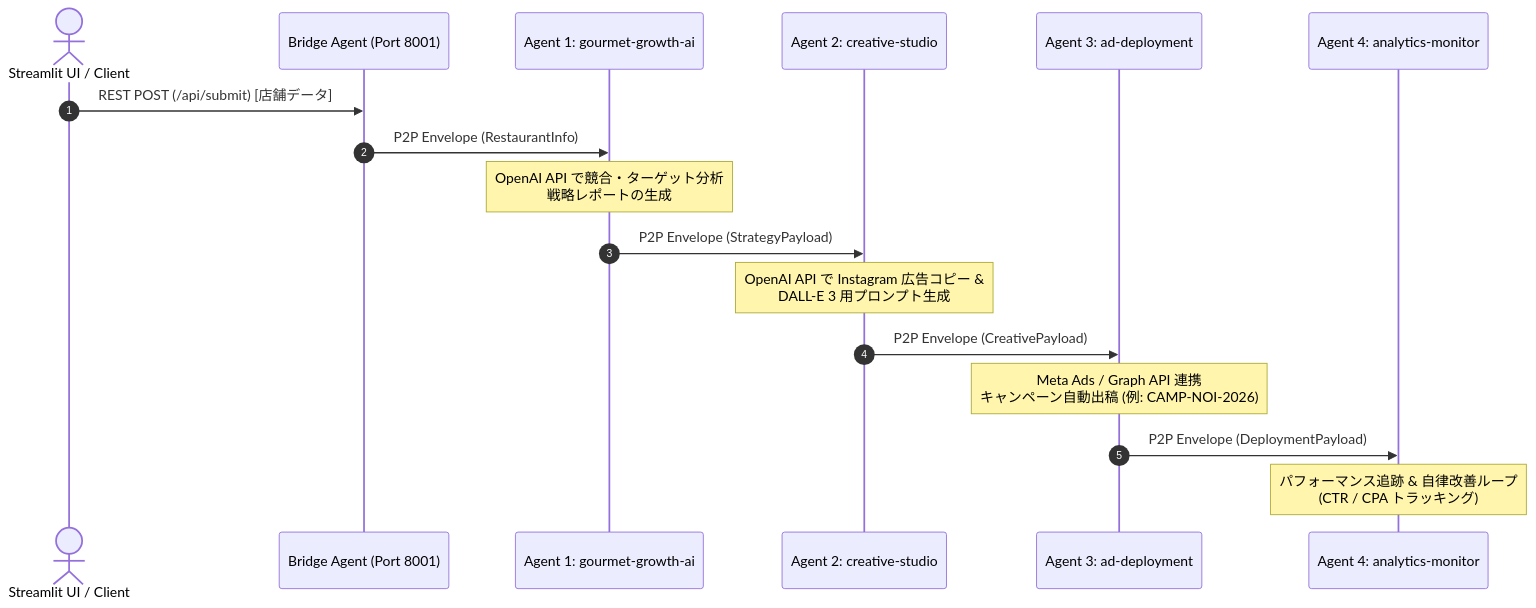
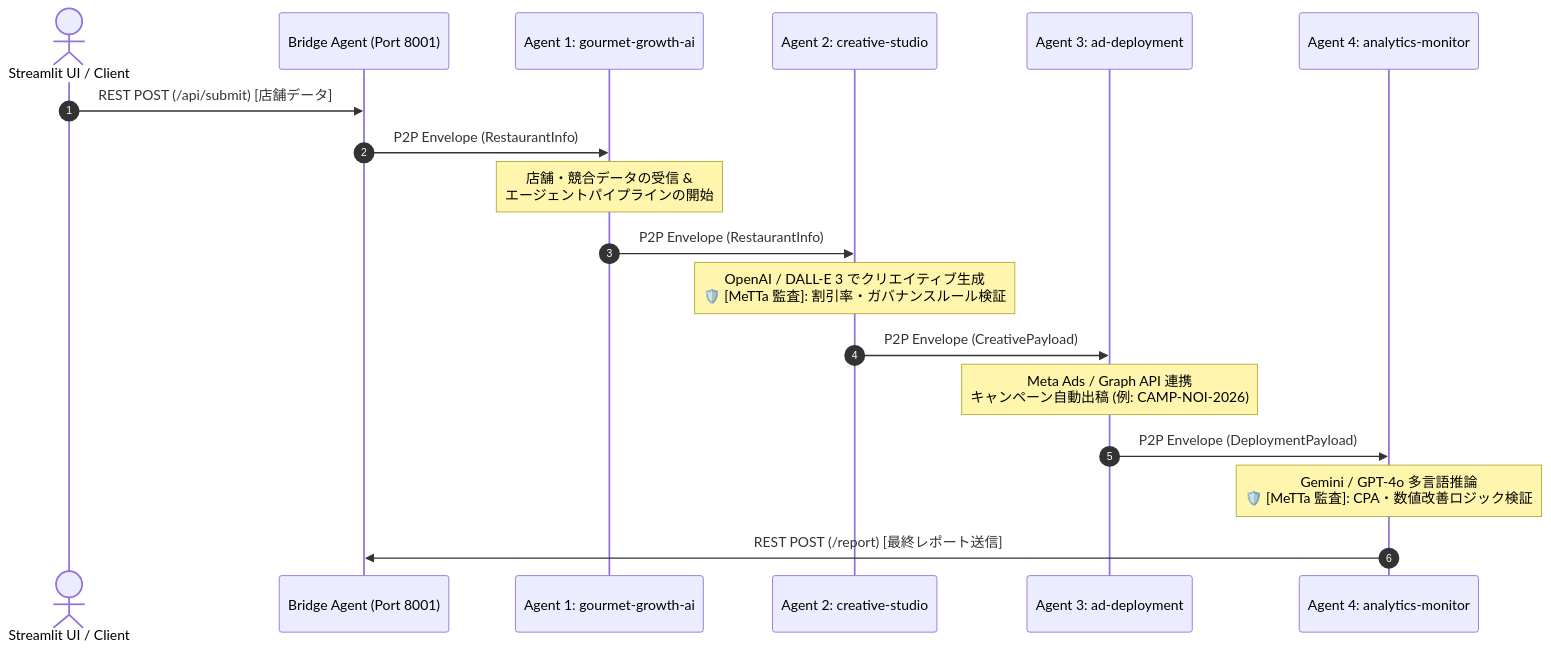
The diagram in readme.md (WM121367/gourmet-growth-ai), drawn with Mermaid before and after one commit. The commit also changed other lines of this file, not shown here.

````diff
--- a/readme.md
+++ b/readme.md
@@ -10,20 +12,21 @@
 ```mermaid
 sequenceDiagram
     autonumber
     actor User as Streamlit UI / Client
     participant Bridge as Bridge Agent (Port 8001)
     participant A1 as Agent 1: gourmet-growth-ai
     participant A2 as Agent 2: creative-studio
     participant A3 as Agent 3: ad-deployment
     participant A4 as Agent 4: analytics-monitor
 
     User->>Bridge: REST POST (/api/submit) [店舗データ]
     Bridge->>A1: P2P Envelope (RestaurantInfo)
-    Note over A1: OpenAI API で競合・ターゲット分析<br/>戦略レポートの生成
-    A1->>A2: P2P Envelope (StrategyPayload)
-    Note over A2: OpenAI API で Instagram 広告コピー &<br/>DALL-E 3 用プロンプト生成
+    Note over A1: 店舗・競合データの受信 &<br/>エージェントパイプラインの開始
+    A1->>A2: P2P Envelope (RestaurantInfo)
+    Note over A2: OpenAI / DALL-E 3 でクリエイティブ生成<br/>🛡️ [MeTTa 監査]: 割引率・ガバナンスルール検証
     A2->>A3: P2P Envelope (CreativePayload)
     Note over A3: Meta Ads / Graph API 連携<br/>キャンペーン自動出稿 (例: CAMP-NOI-2026)
     A3->>A4: P2P Envelope (DeploymentPayload)
-    Note over A4: パフォーマンス追跡 & 自律改善ループ<br/>(CTR / CPA トラッキング)
+    Note over A4: Gemini / GPT-4o 多言語推論<br/>🛡️ [MeTTa 監査]: CPA・数値改善ロジック検証
+    A4->>Bridge: REST POST (/report) [最終レポート送信]
 ```
````
